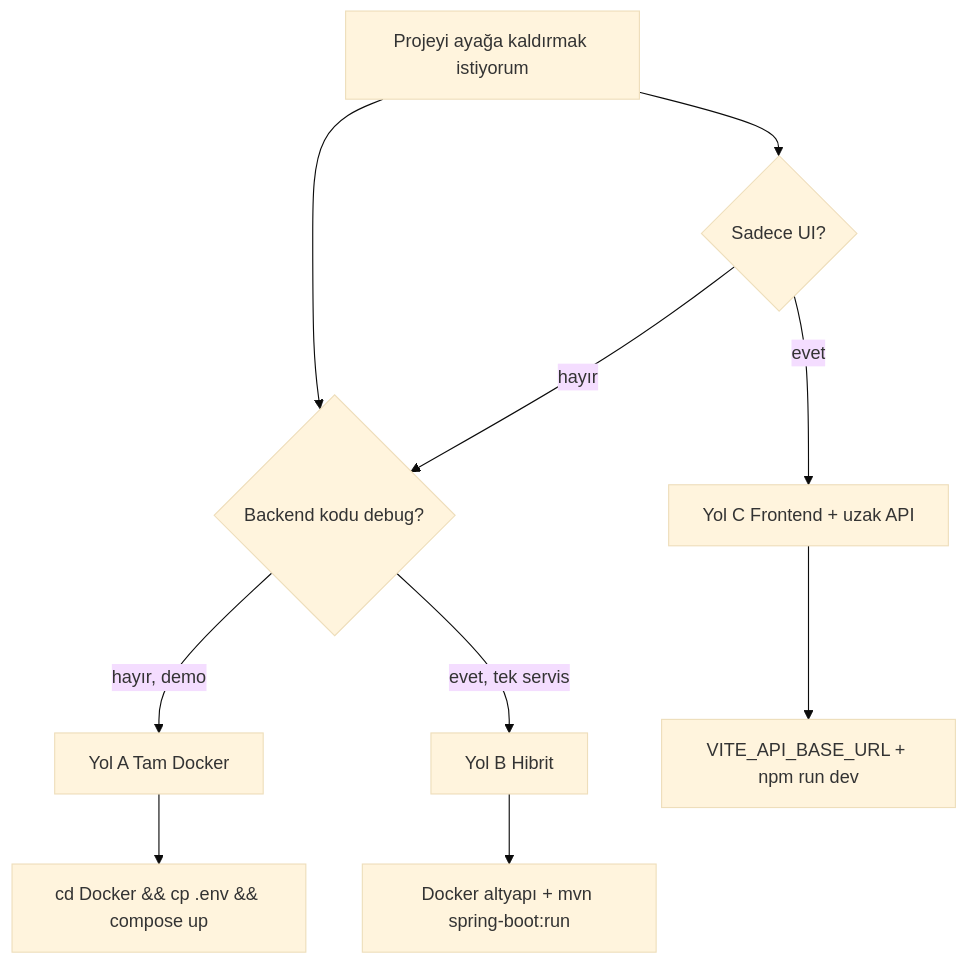
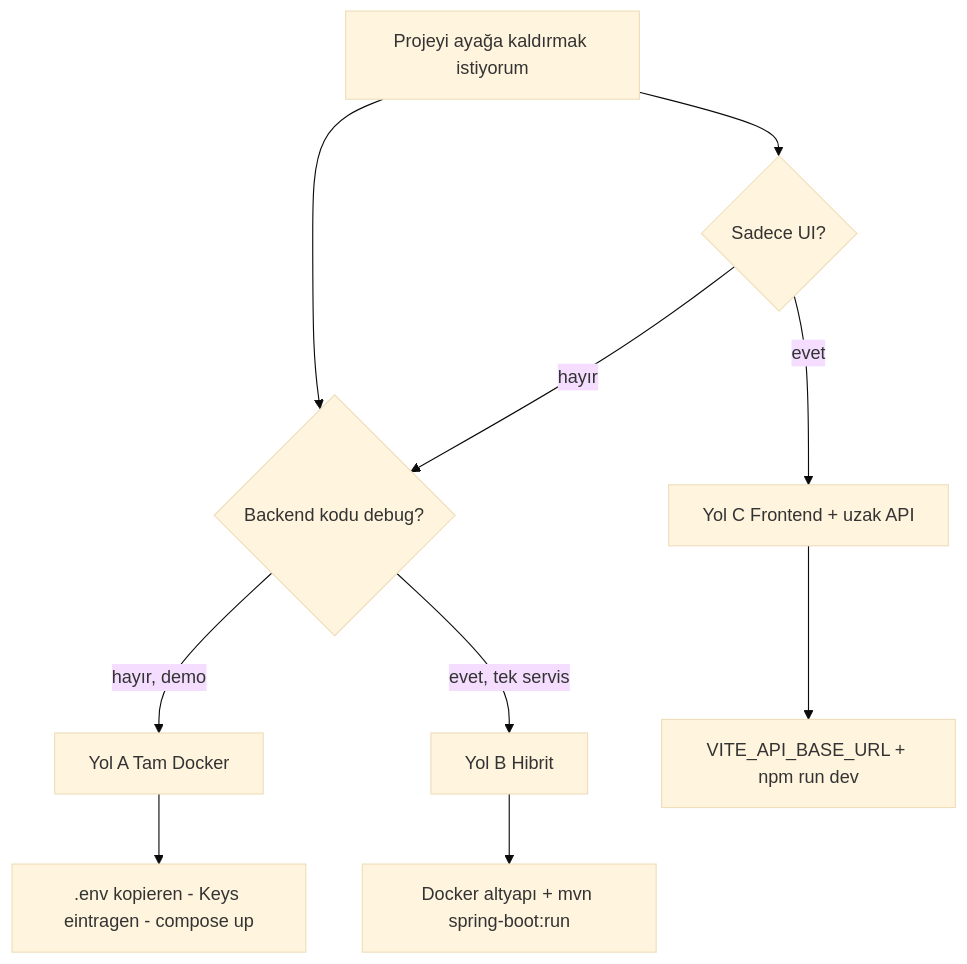
Before and after one commit to TaridaG/Toyota-32Bit-Finance-Platform: the first of 3 diagrams in docs/deutsch/getting-started.md, drawn with Mermaid (base theme). The commit also changed other lines of this file and 28 other files, not shown here.

````diff
--- a/docs/deutsch/getting-started.md
+++ b/docs/deutsch/getting-started.md
@@ -15,14 +15,14 @@
 ```mermaid
 flowchart TD
   START[Projeyi ayağa kaldırmak istiyorum]
   START --> Q1{Backend kodu debug?}
   Q1 -->|hayır, demo| A[Yol A Tam Docker]
   Q1 -->|evet, tek servis| B[Yol B Hibrit]
   START --> Q2{Sadece UI?}
   Q2 -->|evet| C[Yol C Frontend + uzak API]
   Q2 -->|hayır| Q1
 
-  A --> A1[cd Docker && cp .env && compose up]
+  A --> A1[.env kopieren - Keys eintragen - compose up]
   B --> B1[Docker altyapı + mvn spring-boot:run]
   C --> C1[VITE_API_BASE_URL + npm run dev]
 ```
````
